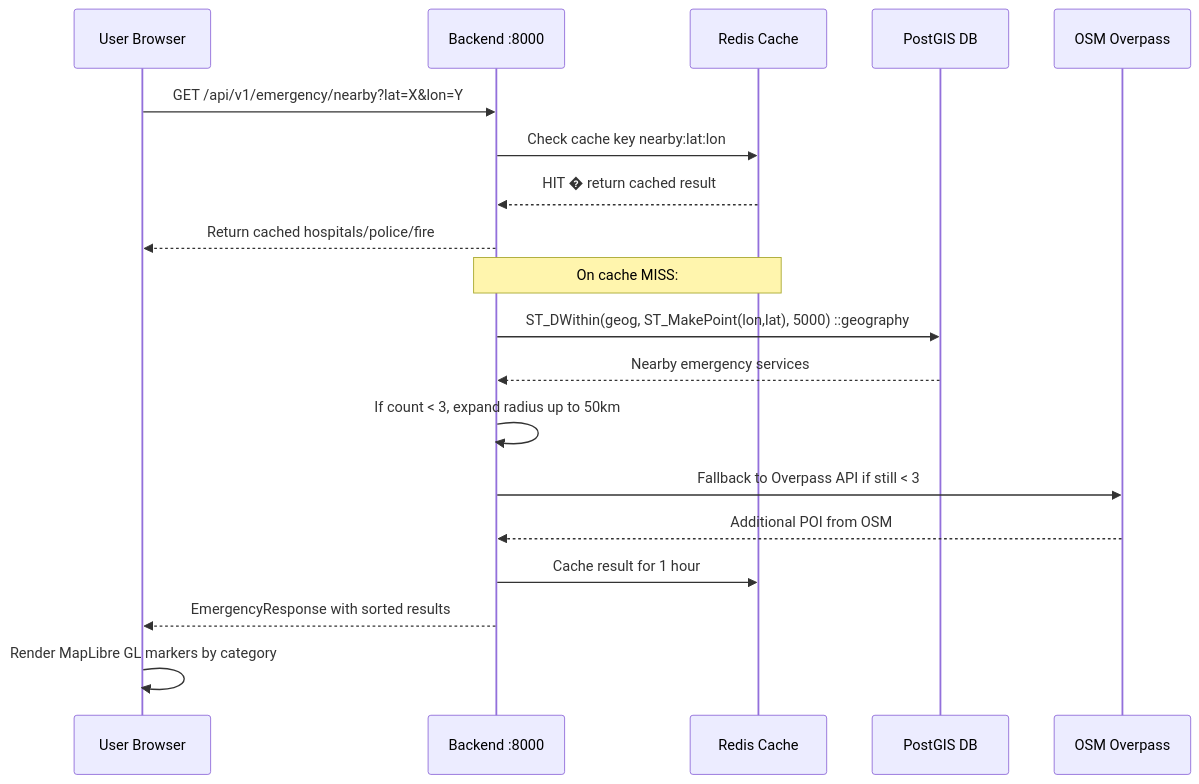
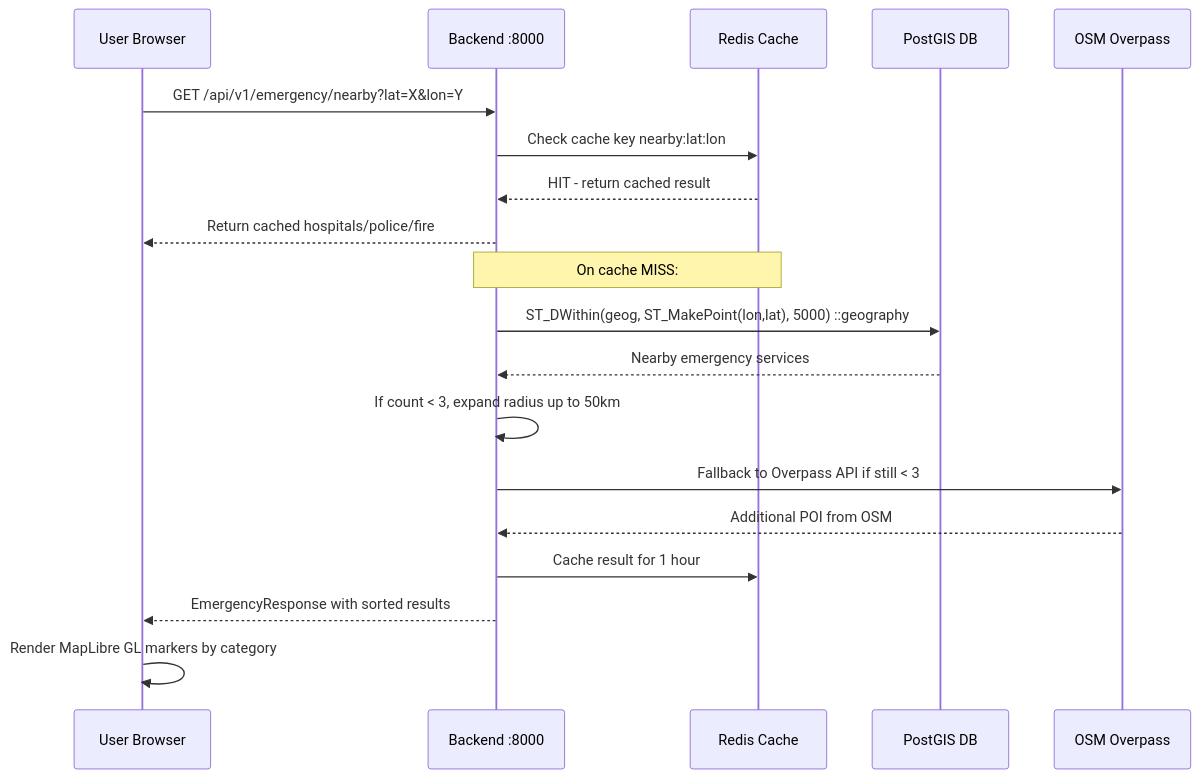
Before and after one commit to SafeVixAI/SafeVixAI: the eighth of 11 diagrams in docs/architecture/Architecture.md, drawn with Mermaid. The commit also changed other lines of this file and 85 other files, not shown here.

Commit message:
docs: Fix Mermaid diagrams, resolve relative link warnings, and ensure clean mkdocs build

````diff
--- a/docs/architecture/Architecture.md
+++ b/docs/architecture/Architecture.md
@@ -517,23 +560,23 @@
 ```mermaid
 sequenceDiagram
     participant U as User Browser
     participant F as Backend :8000
     participant R as Redis Cache
     participant P as PostGIS DB
     participant O as OSM Overpass
 
     U->>F: GET /api/v1/emergency/nearby?lat=X&lon=Y
     F->>R: Check cache key nearby:lat:lon
-    R-->>F: HIT � return cached result
+    R-->>F: HIT - return cached result
     F-->>U: Return cached hospitals/police/fire
 
     Note over F,R: On cache MISS:
     F->>P: ST_DWithin(geog, ST_MakePoint(lon,lat), 5000) ::geography
     P-->>F: Nearby emergency services
     F->>F: If count < 3, expand radius up to 50km
     F->>O: Fallback to Overpass API if still < 3
     O-->>F: Additional POI from OSM
     F->>R: Cache result for 1 hour
     F-->>U: EmergencyResponse with sorted results
     U->>U: Render MapLibre GL markers by category
 ```
````
